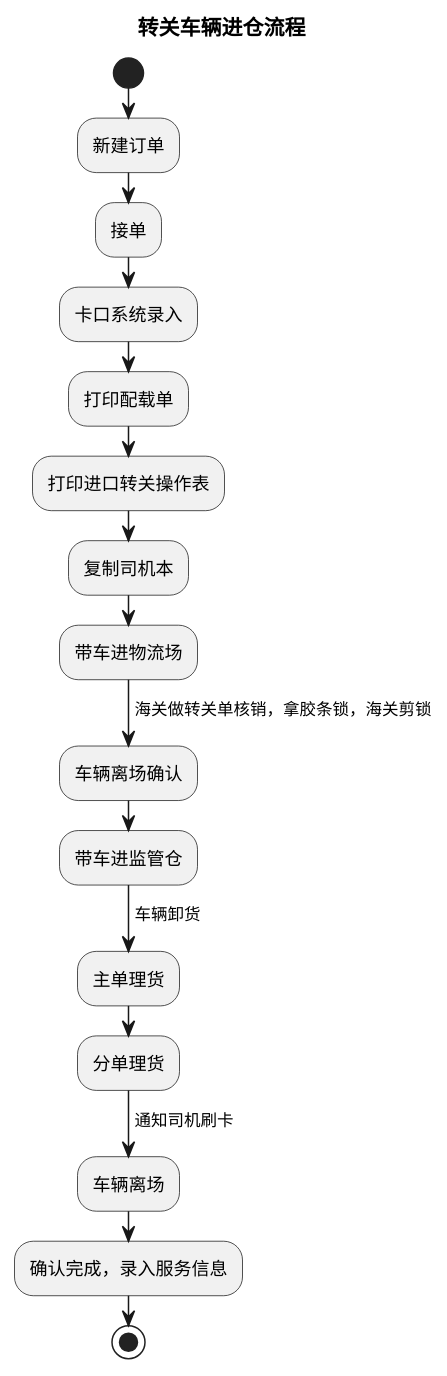
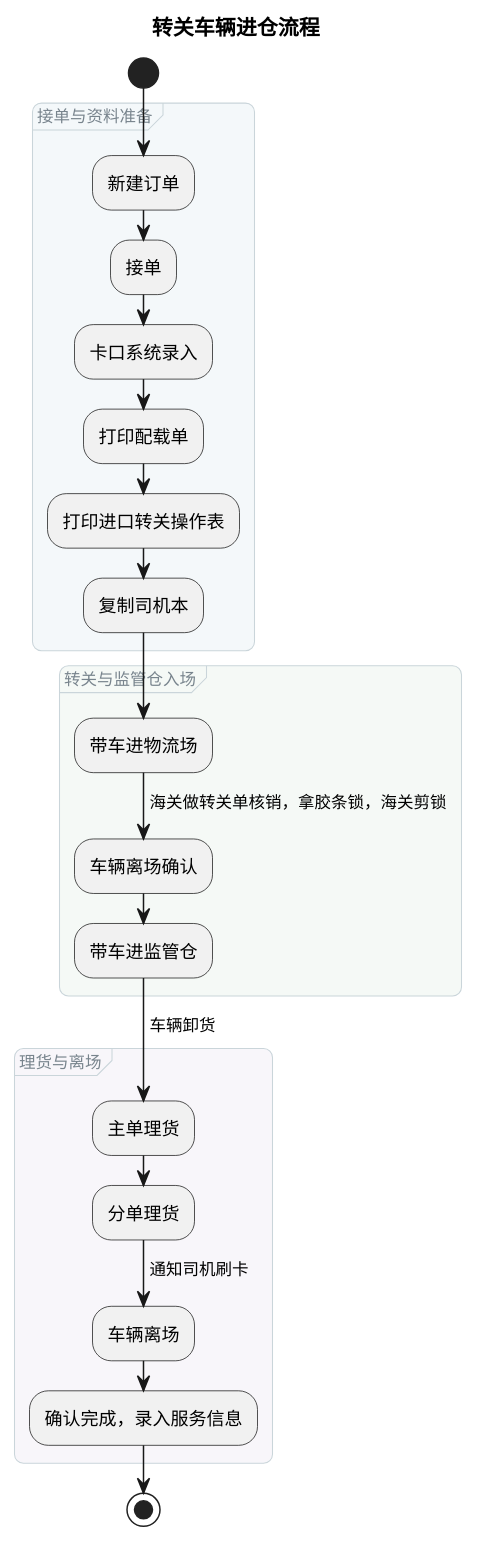
One commit to jack888332/projects-doc changed the fourth of 10 diagrams in product-caliber/goldjet/segmented-prd/mainflow/PRD.高捷物流系统一期.主流程.03.普货进出口关务详细流程.md. Above: the diagram before and after it, drawn with PlantUML. The commit also changed other lines of this file and 16 other files, not shown here.

Commit message:
给DSL图分组

````diff
--- a/product-caliber/goldjet/segmented-prd/mainflow/PRD.高捷物流系统一期.主流程.03.普货进出口关务详细流程.md
+++ b/product-caliber/goldjet/segmented-prd/mainflow/PRD.高捷物流系统一期.主流程.03.普货进出口关务详细流程.md
@@ -102,24 +120,42 @@
 ```plantuml
 @startuml
 skinparam activityDiamondBackgroundColor #FFF4CC
+<style>
+activityDiagram {
+  group {
+    LineColor #CAD5DA
+    LineThickness 0.7
+    RoundCorner 12
+    FontColor #78848D
+    FontSize 11
+    FontStyle plain
+  }
+}
+</style>
 title 转关车辆进仓流程
 start
+group 接单与资料准备 #F4F8FA {
 :新建订单;
 :接单;
 :卡口系统录入;
 :打印配载单;
 :打印进口转关操作表;
 :复制司机本;
+}
+group 转关与监管仓入场 #F5F9F6 {
 :带车进物流场;
 -> 海关做转关单核销，拿胶条锁，海关剪锁;
 :车辆离场确认;
 :带车进监管仓;
 -> 车辆卸货;
+}
+group 理货与离场 #F8F6FA {
 :主单理货;
 :分单理货;
 -> 通知司机刷卡;
 :车辆离场;
 :确认完成，录入服务信息;
+}
 stop
 @enduml
 ```
````
